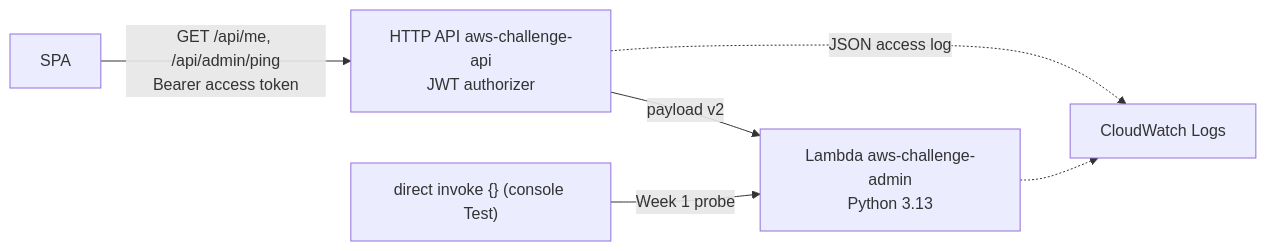
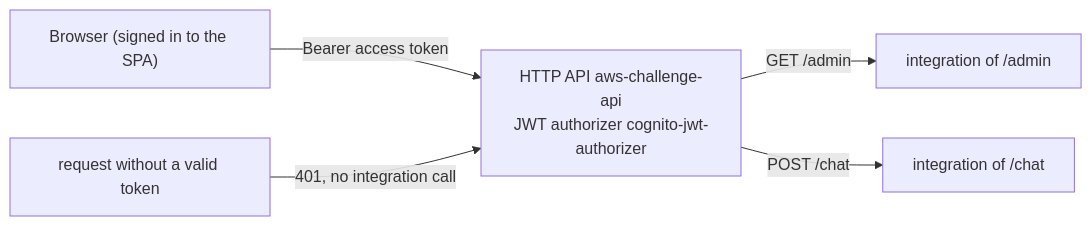
One commit to maxim-semenko/aws_challenge changed the diagram in docs/design/api-gateway-auth.md. Above: the diagram before and after it, drawn with Mermaid. The commit also changed other lines of this file and 24 other files, not shown here.

First line of the commit message:
docs: re-scope Week 2 to auth + HTTP API JWT; record API evidence

````diff
--- a/docs/design/api-gateway-auth.md
+++ b/docs/design/api-gateway-auth.md
@@ -19,8 +20,7 @@
 ```mermaid
 flowchart LR
-    SPA[SPA] -->|"GET /api/me, /api/admin/ping<br/>Bearer access token"| API[HTTP API aws-challenge-api<br/>JWT authorizer]
-    API -->|payload v2| ADM[Lambda aws-challenge-admin<br/>Python 3.13]
-    API -.->|JSON access log| CW[CloudWatch Logs]
-    ADM -.-> CW
-    CLI["direct invoke {} (console Test)"] -->|Week 1 probe| ADM
+    SPA["Browser (signed in to the SPA)"] -->|"Bearer access token"| API[HTTP API aws-challenge-api<br/>JWT authorizer cognito-jwt-authorizer]
+    API -->|GET /admin| IA[integration of /admin]
+    API -->|POST /chat| IC[integration of /chat]
+    X[request without a valid token] -->|401, no integration call| API
 ```
````
